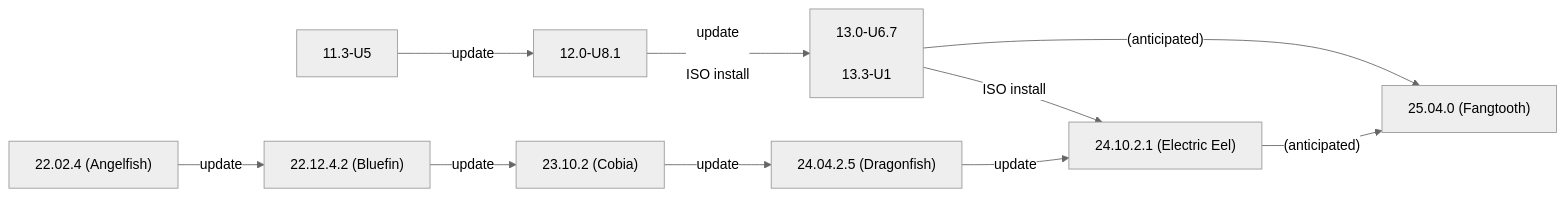
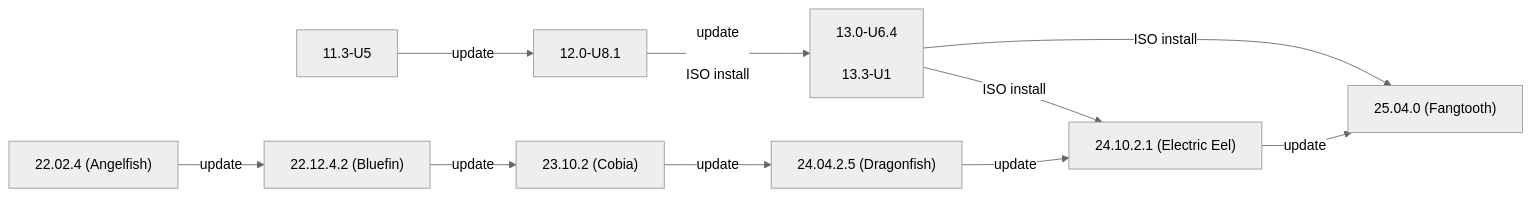
Before and after one commit to truenas/documentation: the first of 2 diagrams in static/includes/SCALEUpgradePaths.md, drawn with Mermaid (neutral theme). The commit also changed other lines of this file, not shown here.

```diff
--- a/static/includes/SCALEUpgradePaths.md
+++ b/static/includes/SCALEUpgradePaths.md
@@ -67,13 +67,13 @@
           {{< mermaid class="mermaid_sizing" >}}
           flowchart LR
             A["11.3-U5"] -->|update| B["12.0-U8.1"]
-            B -->|"update<br><br>ISO install"| C["13.0-U6.7<br><br>13.3-U1"]
+            B -->|"update<br><br>ISO install"| C["13.0-U6.4<br><br>13.3-U1"]
             C -->|ISO install| H
-            C -->|"(anticipated)"| I
+            C -->|ISO install| I
             D["22.02.4 (Angelfish)"] -->|update| E
             E["22.12.4.2 (Bluefin)"] -->|update| F
             F["23.10.2 (Cobia)"] -->|update| G
             G["24.04.2.5 (Dragonfish)"] -->|update| H
-            H["24.10.2.1 (Electric Eel)"] -->|"(anticipated)"| I
+            H["24.10.2.1 (Electric Eel)"] -->|update| I
             I["25.04.0 (Fangtooth)"]
           {{< /mermaid >}}
```
